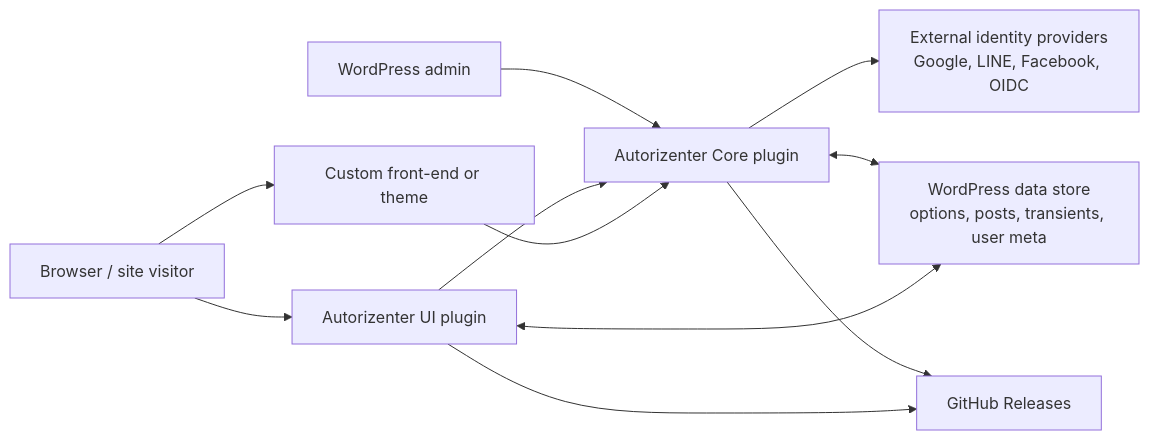
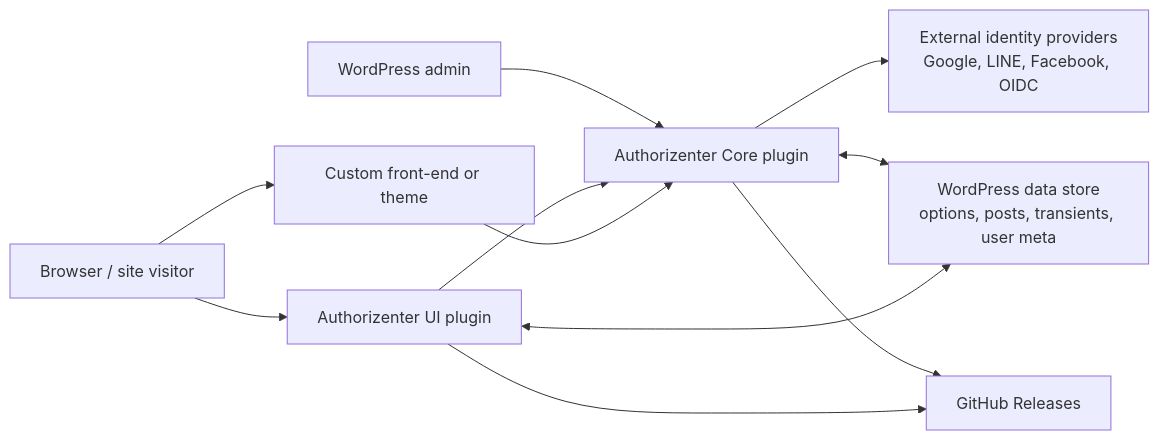
One commit to wachiravit-thitagran/Authorizenter changed the first of 8 diagrams in ARCHITECTURE.md. Above: the diagram before and after it, drawn with Mermaid. The commit also changed other lines of this file and 124 other files, not shown here.

First line of the commit message:
refactor: rename project autorizenter -> authorizenter (with migration)

````diff
--- a/ARCHITECTURE.md
+++ b/ARCHITECTURE.md
@@ -40,22 +40,22 @@
 ```mermaid
 flowchart LR
   Browser["Browser / site visitor"]
   Admin["WordPress admin"]
   CustomUI["Custom front-end or theme"]
-  UI["Autorizenter UI plugin"]
-  Core["Autorizenter Core plugin"]
+  UI["Authorizenter UI plugin"]
+  Core["Authorizenter Core plugin"]
   IdP["External identity providers<br/>Google, LINE, Facebook, OIDC"]
   Store["WordPress data store<br/>options, posts, transients, user meta"]
   GH["GitHub Releases"]
 
   Browser --> UI
   Browser --> CustomUI
   Admin --> Core
   UI --> Core
   CustomUI --> Core
   Core --> IdP
   Core <--> Store
   UI <--> Store
   Core --> GH
   UI --> GH
 ```
````
